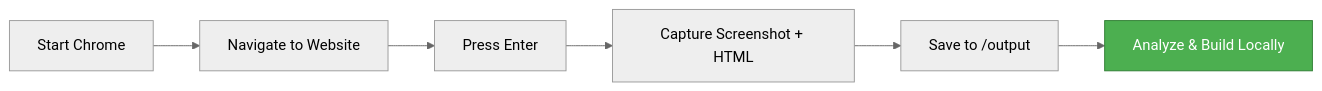
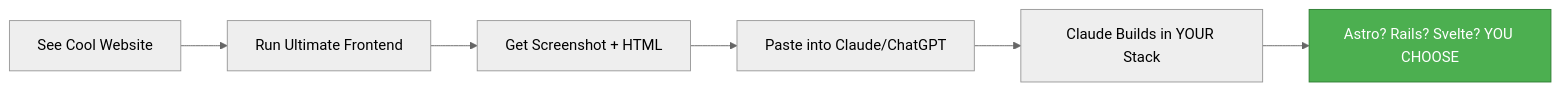
One commit to pipe2442/ultimate-frontend changed the diagram in README.md. Above: the diagram before and after it, drawn with Mermaid (neutral theme). The commit also changed other lines of this file, not shown here.

First line of the commit message:
Transform README: emphasize stack flexibility and real problem/solution

````diff
--- a/README.md
+++ b/README.md
@@ -168,9 +371,9 @@
 ```mermaid
 graph LR
-    A[Start Chrome] --> B[Navigate to Website]
-    B --> C[Press Enter]
-    C --> D[Capture Screenshot + HTML]
-    D --> E[Save to /output]
-    E --> F[Analyze & Build Locally]
+    A[See Cool Website] --> B[Run Ultimate Frontend]
+    B --> C[Get Screenshot + HTML]
+    C --> D[Paste into Claude/ChatGPT]
+    D --> E[Claude Builds in YOUR Stack]
+    E --> F[Astro? Rails? Svelte? YOU CHOOSE]
     style F fill:#4CAF50,stroke:#2E7D32,color:#fff
 ```
````
